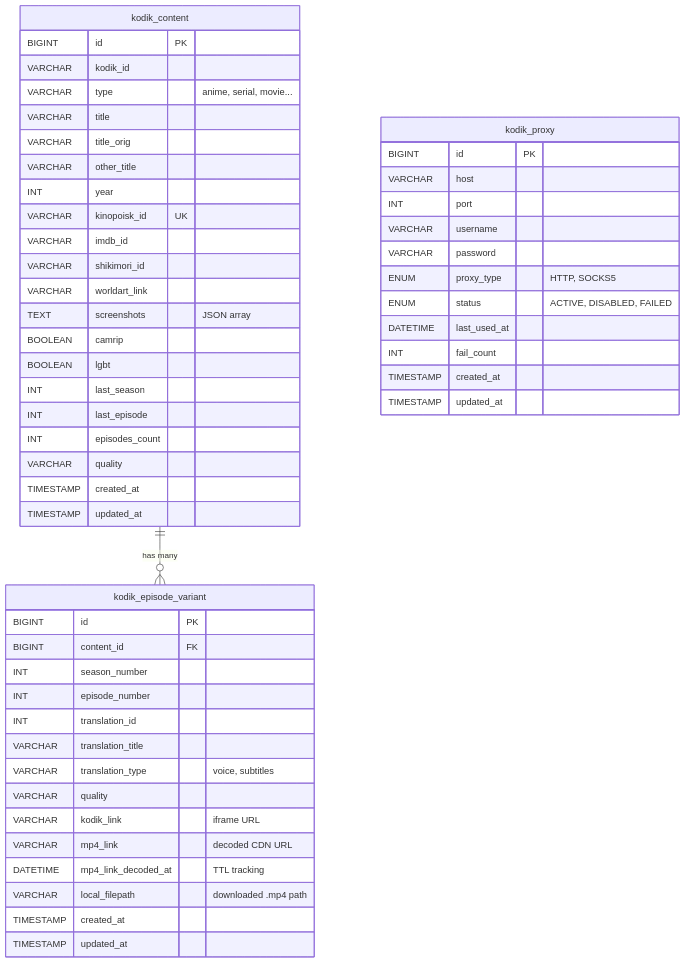
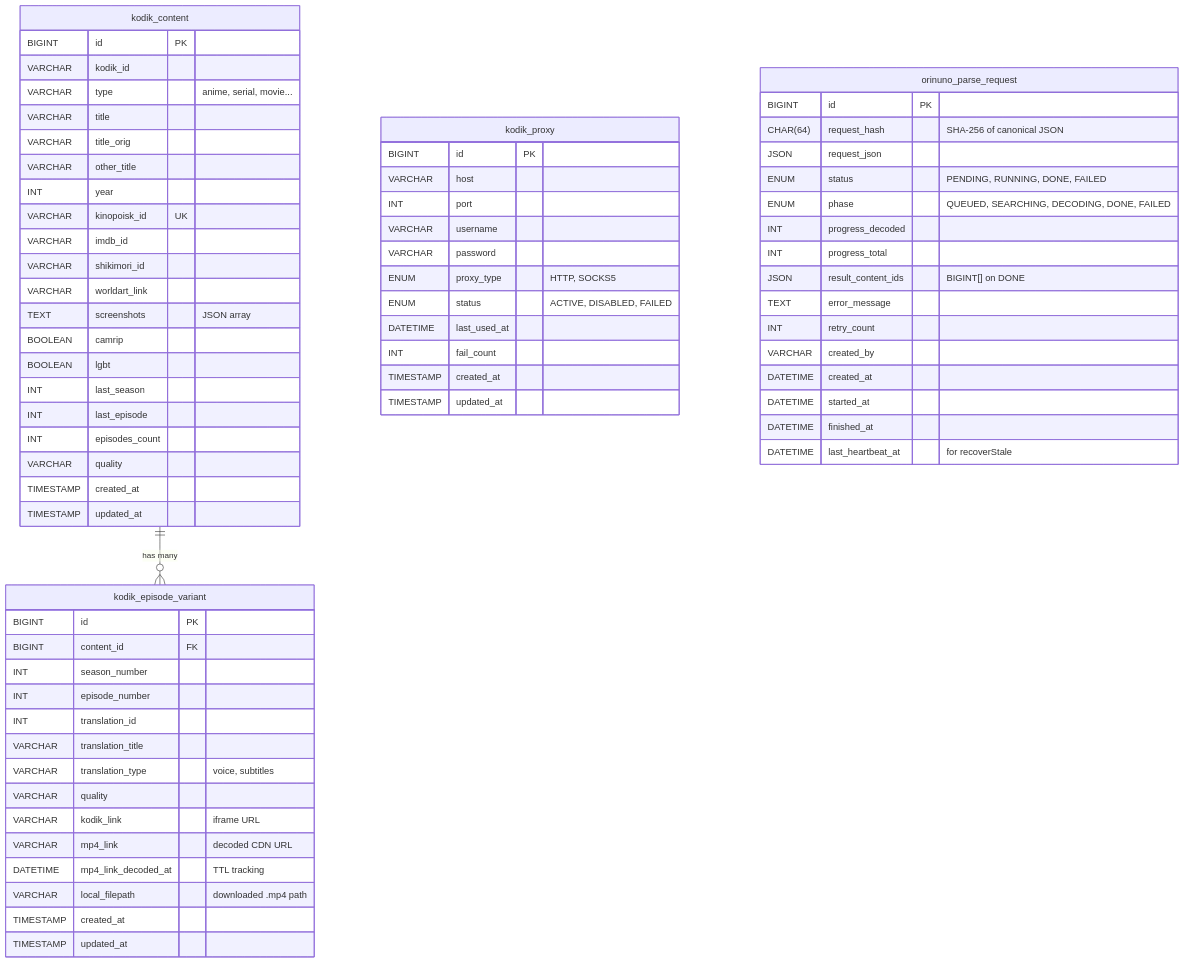
One commit to Samehadar/orinuno changed the tenth of 13 diagrams in ARCHITECTURE.md. Above: the diagram before and after it, drawn with Mermaid. The commit also changed other lines of this file and 5 other files, not shown here.

First line of the commit message:
docs(phase-2): document async parse-requests, kodik /list proxy, export v2

````diff
--- a/ARCHITECTURE.md
+++ b/ARCHITECTURE.md
@@ -658,58 +733,76 @@
 ```mermaid
 erDiagram
     kodik_content {
         BIGINT id PK
         VARCHAR kodik_id
         VARCHAR type "anime, serial, movie..."
         VARCHAR title
         VARCHAR title_orig
         VARCHAR other_title
         INT year
         VARCHAR kinopoisk_id UK
         VARCHAR imdb_id
         VARCHAR shikimori_id
         VARCHAR worldart_link
         TEXT screenshots "JSON array"
         BOOLEAN camrip
         BOOLEAN lgbt
         INT last_season
         INT last_episode
         INT episodes_count
         VARCHAR quality
         TIMESTAMP created_at
         TIMESTAMP updated_at
     }
 
     kodik_episode_variant {
         BIGINT id PK
         BIGINT content_id FK
         INT season_number
         INT episode_number
         INT translation_id
         VARCHAR translation_title
         VARCHAR translation_type "voice, subtitles"
         VARCHAR quality
         VARCHAR kodik_link "iframe URL"
         VARCHAR mp4_link "decoded CDN URL"
         DATETIME mp4_link_decoded_at "TTL tracking"
         VARCHAR local_filepath "downloaded .mp4 path"
         TIMESTAMP created_at
         TIMESTAMP updated_at
     }
 
     kodik_proxy {
         BIGINT id PK
         VARCHAR host
         INT port
         VARCHAR username
         VARCHAR password
         ENUM proxy_type "HTTP, SOCKS5"
         ENUM status "ACTIVE, DISABLED, FAILED"
         DATETIME last_used_at
         INT fail_count
         TIMESTAMP created_at
         TIMESTAMP updated_at
     }
 
+    orinuno_parse_request {
+        BIGINT id PK
+        CHAR(64) request_hash "SHA-256 of canonical JSON"
+        JSON request_json
+        ENUM status "PENDING, RUNNING, DONE, FAILED"
+        ENUM phase "QUEUED, SEARCHING, DECODING, DONE, FAILED"
+        INT progress_decoded
+        INT progress_total
+        JSON result_content_ids "BIGINT[] on DONE"
+        TEXT error_message
+        INT retry_count
+        VARCHAR created_by
+        DATETIME created_at
+        DATETIME started_at
+        DATETIME finished_at
+        DATETIME last_heartbeat_at "for recoverStale"
+    }
+
     kodik_content ||--o{ kodik_episode_variant : "has many"
 ```
````
